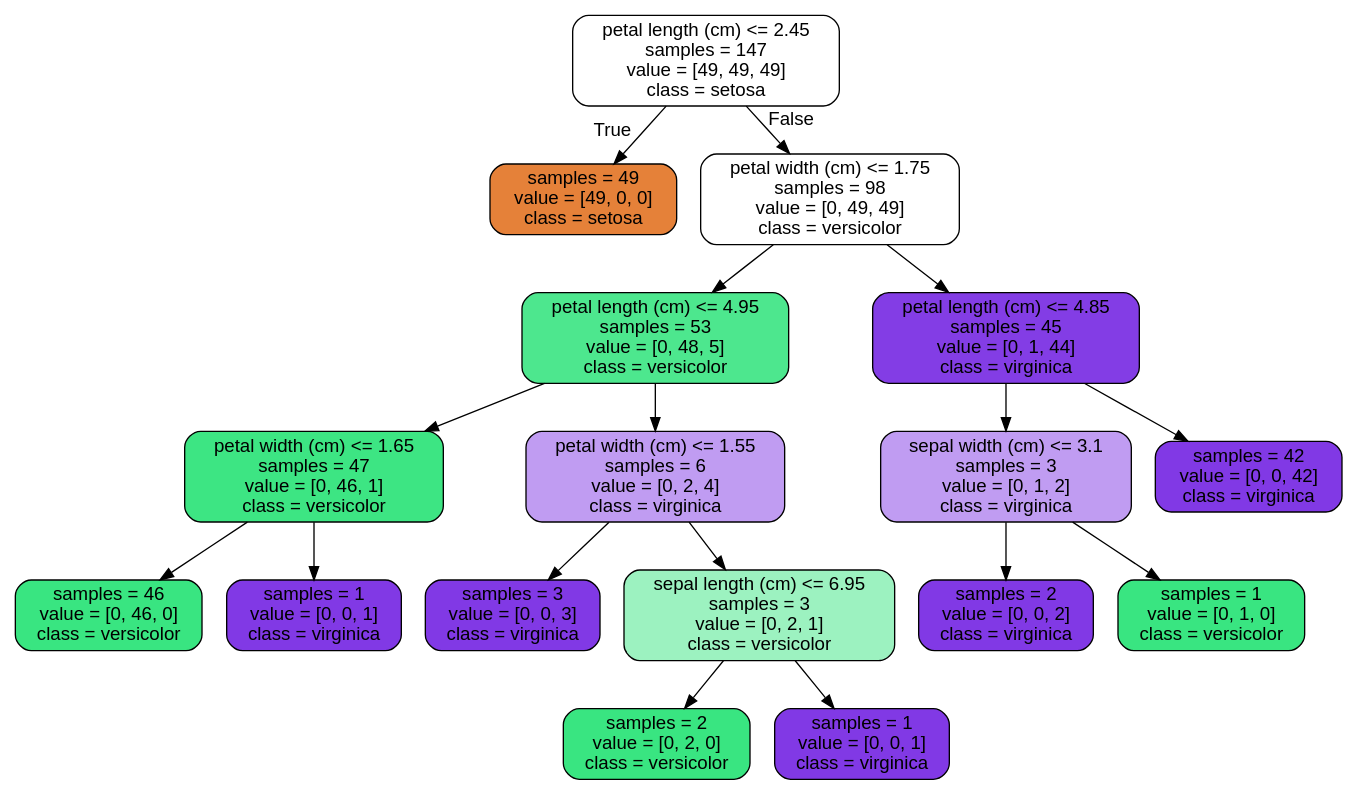
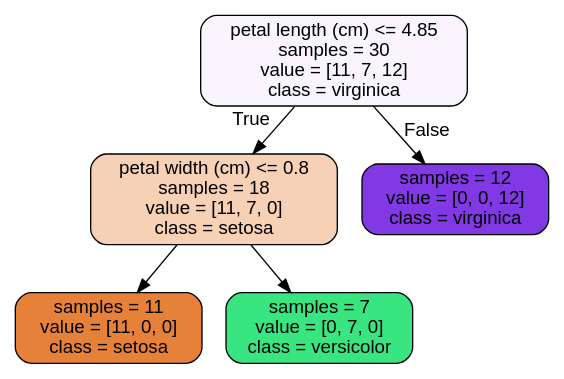
One commit to joshy/ml changed the diagram in tree.dot. Above: the diagram before and after it, drawn with Graphviz. The commit also changed 1 other file, not shown here.

```diff
--- a/tree.dot
+++ b/tree.dot
@@ -1,37 +1,13 @@
 digraph Tree {
 node [shape=box, style="filled, rounded", color="black", fontname=helvetica] ;
 edge [fontname=helvetica] ;
-0 [label="petal length (cm) <= 2.45\nsamples = 147\nvalue = [49, 49, 49]\nclass = setosa", fillcolor="#e5813900"] ;
-1 [label="samples = 49\nvalue = [49, 0, 0]\nclass = setosa", fillcolor="#e58139ff"] ;
+0 [label="petal length (cm) <= 4.85\nsamples = 30\nvalue = [11, 7, 12]\nclass = virginica", fillcolor="#8139e50d"] ;
+1 [label="petal width (cm) <= 0.8\nsamples = 18\nvalue = [11, 7, 0]\nclass = setosa", fillcolor="#e581395d"] ;
 0 -> 1 [labeldistance=2.5, labelangle=45, headlabel="True"] ;
-2 [label="petal width (cm) <= 1.75\nsamples = 98\nvalue = [0, 49, 49]\nclass = versicolor", fillcolor="#39e58100"] ;
-0 -> 2 [labeldistance=2.5, labelangle=-45, headlabel="False"] ;
-3 [label="petal length (cm) <= 4.95\nsamples = 53\nvalue = [0, 48, 5]\nclass = versicolor", fillcolor="#39e581e4"] ;
-2 -> 3 ;
-4 [label="petal width (cm) <= 1.65\nsamples = 47\nvalue = [0, 46, 1]\nclass = versicolor", fillcolor="#39e581f9"] ;
-3 -> 4 ;
-5 [label="samples = 46\nvalue = [0, 46, 0]\nclass = versicolor", fillcolor="#39e581ff"] ;
-4 -> 5 ;
-6 [label="samples = 1\nvalue = [0, 0, 1]\nclass = virginica", fillcolor="#8139e5ff"] ;
-4 -> 6 ;
-7 [label="petal width (cm) <= 1.55\nsamples = 6\nvalue = [0, 2, 4]\nclass = virginica", fillcolor="#8139e57f"] ;
-3 -> 7 ;
-8 [label="samples = 3\nvalue = [0, 0, 3]\nclass = virginica", fillcolor="#8139e5ff"] ;
-7 -> 8 ;
-9 [label="sepal length (cm) <= 6.95\nsamples = 3\nvalue = [0, 2, 1]\nclass = versicolor", fillcolor="#39e5817f"] ;
-7 -> 9 ;
-10 [label="samples = 2\nvalue = [0, 2, 0]\nclass = versicolor", fillcolor="#39e581ff"] ;
-9 -> 10 ;
-11 [label="samples = 1\nvalue = [0, 0, 1]\nclass = virginica", fillcolor="#8139e5ff"] ;
-9 -> 11 ;
-12 [label="petal length (cm) <= 4.85\nsamples = 45\nvalue = [0, 1, 44]\nclass = virginica", fillcolor="#8139e5f9"] ;
-2 -> 12 ;
-13 [label="sepal width (cm) <= 3.1\nsamples = 3\nvalue = [0, 1, 2]\nclass = virginica", fillcolor="#8139e57f"] ;
-12 -> 13 ;
-14 [label="samples = 2\nvalue = [0, 0, 2]\nclass = virginica", fillcolor="#8139e5ff"] ;
-13 -> 14 ;
-15 [label="samples = 1\nvalue = [0, 1, 0]\nclass = versicolor", fillcolor="#39e581ff"] ;
-13 -> 15 ;
-16 [label="samples = 42\nvalue = [0, 0, 42]\nclass = virginica", fillcolor="#8139e5ff"] ;
-12 -> 16 ;
+2 [label="samples = 11\nvalue = [11, 0, 0]\nclass = setosa", fillcolor="#e58139ff"] ;
+1 -> 2 ;
+3 [label="samples = 7\nvalue = [0, 7, 0]\nclass = versicolor", fillcolor="#39e581ff"] ;
+1 -> 3 ;
+4 [label="samples = 12\nvalue = [0, 0, 12]\nclass = virginica", fillcolor="#8139e5ff"] ;
+0 -> 4 [labeldistance=2.5, labelangle=-45, headlabel="False"] ;
 }
```
